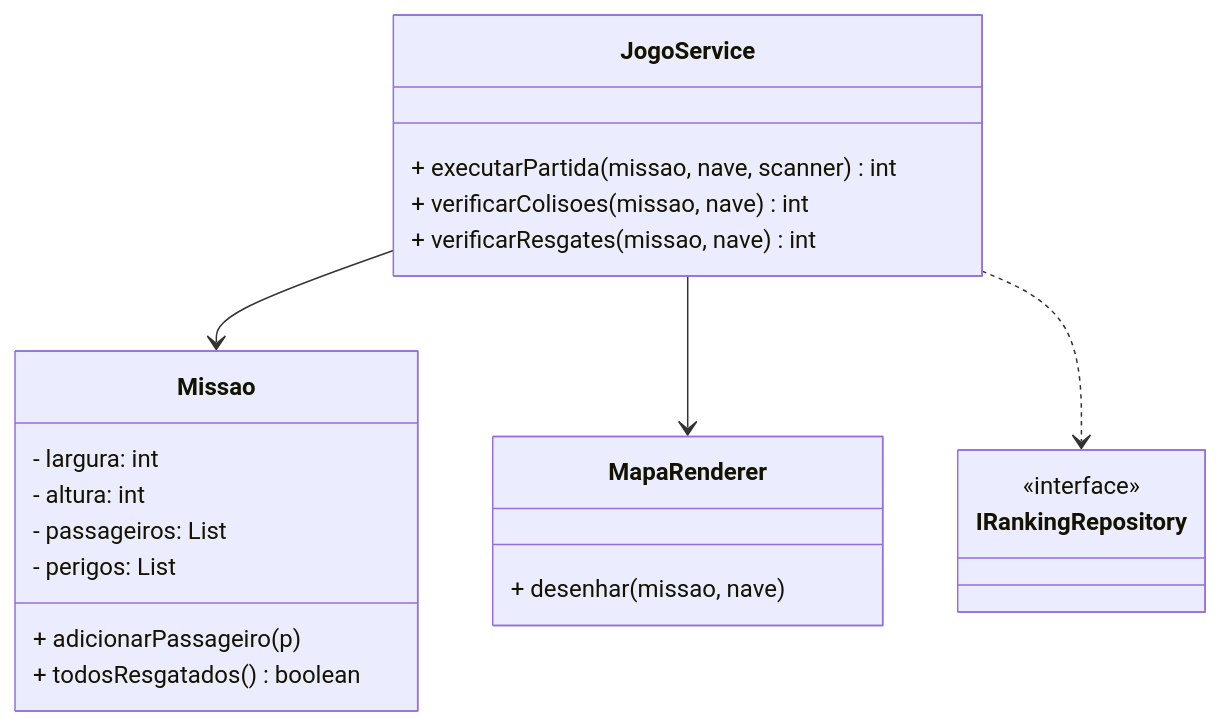
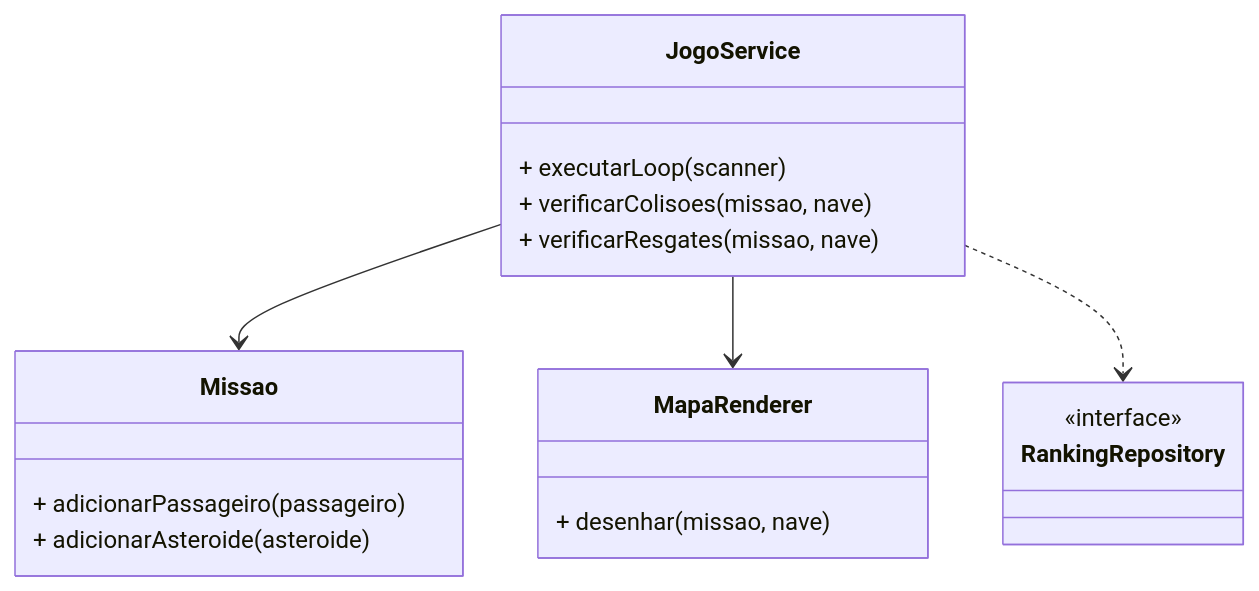
The diagram in missaoMarteUnifor/grasp/apostilas-grasp/high-cohesion.md (ProfBezerra/T200-ProjArqSist), drawn with Mermaid before and after one commit. The commit also changed other lines of this file and 4 other files, not shown here.

````diff
--- a/missaoMarteUnifor/grasp/apostilas-grasp/high-cohesion.md
+++ b/missaoMarteUnifor/grasp/apostilas-grasp/high-cohesion.md
@@ -90,29 +111,25 @@
 ```mermaid
 classDiagram
   class Missao {
-    - largura: int
-    - altura: int
-    - passageiros: List
-    - perigos: List
-    + adicionarPassageiro(p)
-    + todosResgatados() boolean
+    + adicionarPassageiro(passageiro)
+    + adicionarAsteroide(asteroide)
   }
 
   class JogoService {
-    + executarPartida(missao, nave, scanner) int
-    + verificarColisoes(missao, nave) int
-    + verificarResgates(missao, nave) int
+    + executarLoop(scanner)
+    + verificarColisoes(missao, nave)
+    + verificarResgates(missao, nave)
   }
 
   class MapaRenderer {
     + desenhar(missao, nave)
   }
 
-  class IRankingRepository {
+  class RankingRepository {
     <<interface>>
   }
 
   JogoService --> Missao
   JogoService --> MapaRenderer
-  JogoService ..> IRankingRepository
+  JogoService ..> RankingRepository
 ```
````
